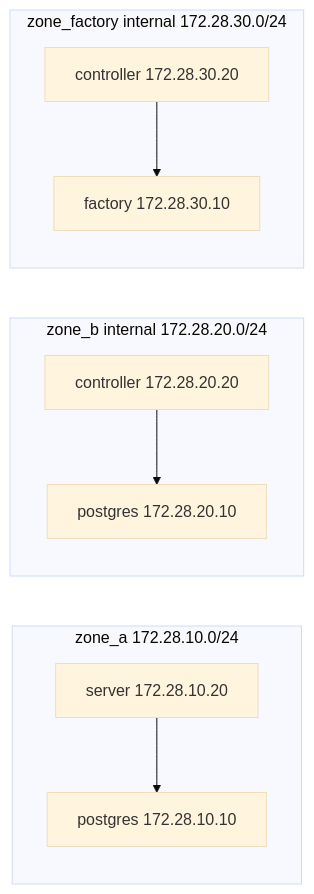
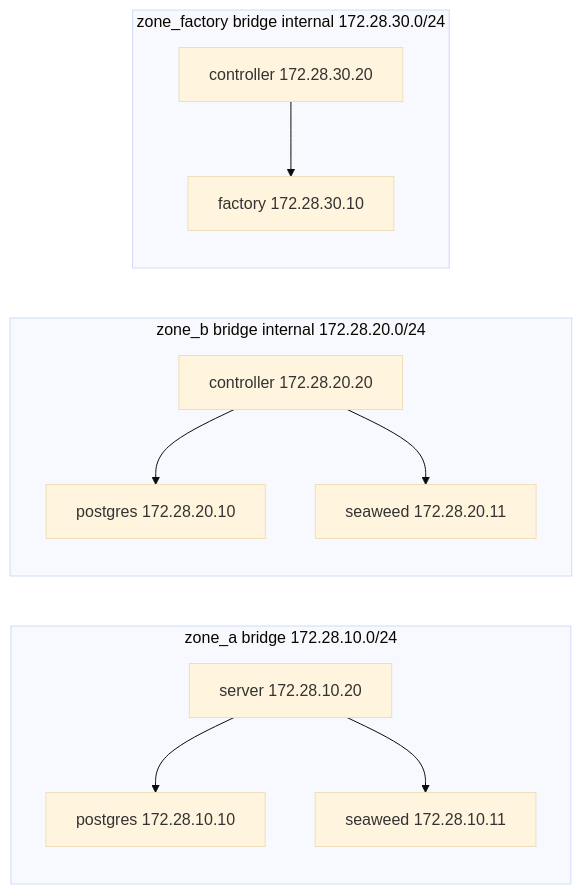
The first of 3 diagrams in docker/README.md (jgmatu/postgresql), drawn with Mermaid (base theme) before and after one commit. The commit also changed other lines of this file and 4 other files, not shown here.

Commit message:
Add SeaweedFS as its own container on both operational zone bridges so the object store sits with PostgreSQL and the zones stay isolated.

````diff
--- a/docker/README.md
+++ b/docker/README.md
@@ -31,18 +32,22 @@
 ```mermaid
 flowchart LR
-    subgraph zoneA ["zone_a 172.28.10.0/24"]
+    subgraph zoneA ["zone_a bridge 172.28.10.0/24"]
         pgA["postgres 172.28.10.10"]
+        swA["seaweed 172.28.10.11"]
         server["server 172.28.10.20"]
     end
-    subgraph zoneB ["zone_b internal 172.28.20.0/24"]
+    subgraph zoneB ["zone_b bridge internal 172.28.20.0/24"]
         pgB["postgres 172.28.20.10"]
+        swB["seaweed 172.28.20.11"]
         controller["controller 172.28.20.20"]
     end
-    subgraph zoneF ["zone_factory internal 172.28.30.0/24"]
+    subgraph zoneF ["zone_factory bridge internal 172.28.30.0/24"]
         factory["factory 172.28.30.10"]
         controllerF["controller 172.28.30.20"]
     end
     server --> pgA
+    server --> swA
     controller --> pgB
+    controller --> swB
     controllerF --> factory
 ```
````
